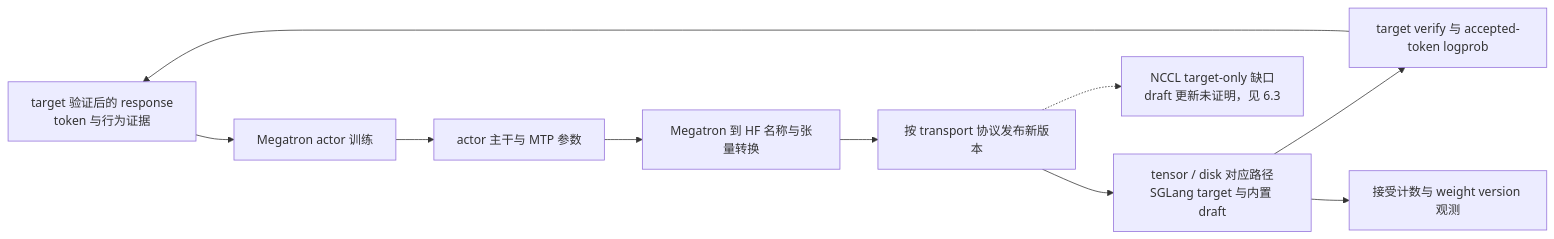
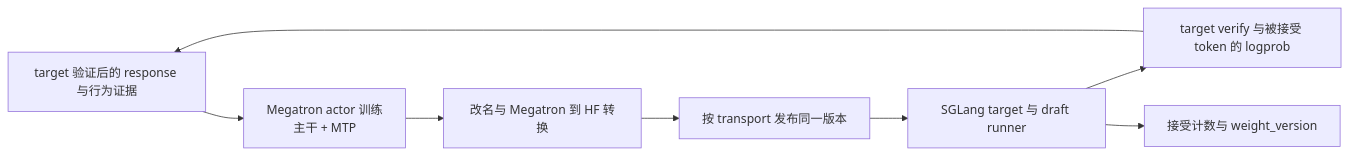
One commit to suhaibo666/llm-knowledge changed the diagram in wiki/02_engineering/04_posttrain_frameworks/slime/21_slime_speculative_decoding_mtp_analysis.md. Above: the diagram before and after it, drawn with Mermaid. The commit also changed other lines of this file and 223 other files, not shown here.

````diff
--- a/wiki/02_engineering/04_posttrain_frameworks/slime/21_slime_speculative_decoding_mtp_analysis.md
+++ b/wiki/02_engineering/04_posttrain_frameworks/slime/21_slime_speculative_decoding_mtp_analysis.md
@@ -50,12 +28,10 @@
 ```mermaid
 flowchart LR
-    R["target 验证后的 response<br/>token 与行为证据"] --> T["Megatron actor 训练"]
-    T --> M["actor 主干与 MTP 参数"]
-    M --> C["Megatron 到 HF 名称与张量转换"]
-    C --> P["按 transport 协议发布新版本"]
-    P --> S["tensor / disk 对应路径<br/>SGLang target 与内置 draft"]
-    P -.-> N["NCCL target-only 缺口<br/>draft 更新未证明，见 6.3"]
-    S --> V["target verify 与 accepted-token logprob"]
+    R[target 验证后的 response 与行为证据] --> T[Megatron actor 训练<br/>主干 + MTP]
+    T --> C[改名与 Megatron 到 HF 转换]
+    C --> P[按 transport 发布同一版本]
+    P --> S[SGLang target 与 draft runner]
+    S --> V[target verify 与被接受 token 的 logprob]
     V --> R
-    S --> O["接受计数与 weight version 观测"]
+    S --> O[接受计数与 weight_version]
 ```
````
